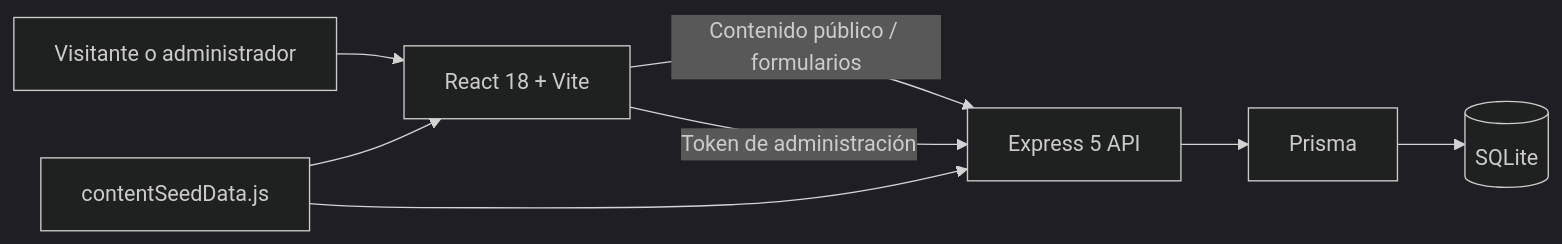
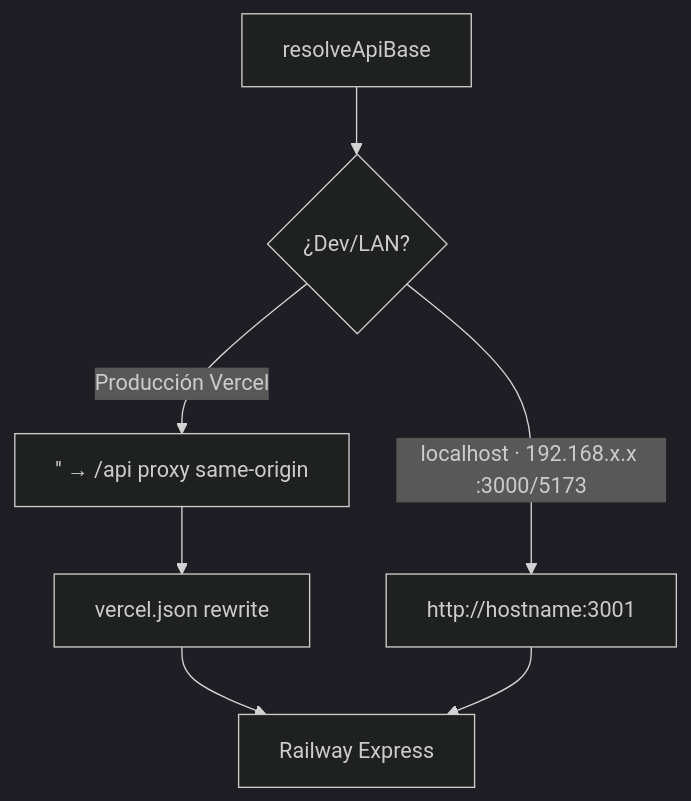
Before and after one commit to Alejostone1/Desarpro: the second of 6 diagrams in README.md, drawn with Mermaid (dark theme). The commit also changed other lines of this file and 4 other files, not shown here.

First line of the commit message:
Docs: README premium con capturas, diagramas Mermaid y guia completa.

````diff
--- a/README.md
+++ b/README.md
@@ -85,10 +181,9 @@
 ```mermaid
-flowchart LR
-  U[Visitante o administrador] --> F[React 18 + Vite]
-  F -->|Contenido público / formularios| A[Express 5 API]
-  F -->|Token de administración| A
-  A --> P[Prisma]
-  P --> D[(SQLite)]
-  S[contentSeedData.js] --> A
-  S --> F
+flowchart TD
+    A[resolveApiBase] --> B{¿Dev/LAN?}
+    B -->|localhost · 192.168.x.x :3000/5173| C["http://hostname:3001"]
+    B -->|Producción Vercel| D["'' → /api proxy same-origin"]
+    D --> E[vercel.json rewrite]
+    E --> F[Railway Express]
+    C --> F
 ```
````
